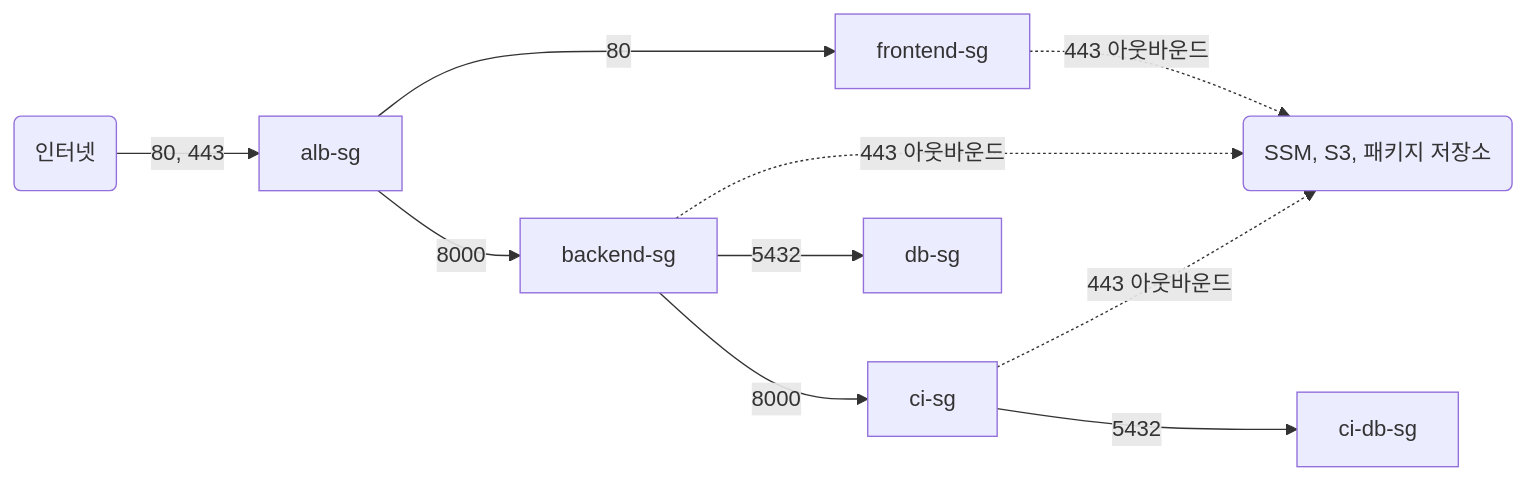
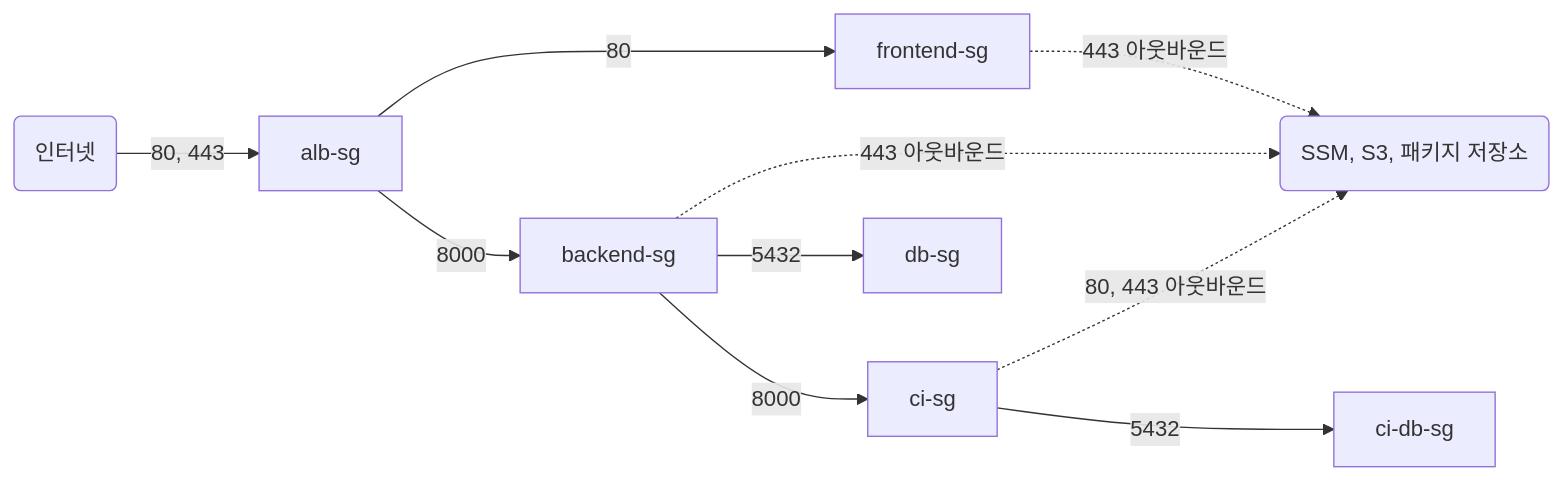
Before and after one commit to kintoun-secops/kintoun-infra: the diagram in docs/modules/platform/service-network.md, drawn with Mermaid. The commit also changed other lines of this file and 11 other files, not shown here.

````diff
--- a/docs/modules/platform/service-network.md
+++ b/docs/modules/platform/service-network.md
@@ -24,21 +24,21 @@
 ```mermaid
 flowchart LR
     INTER("인터넷")
     OUT("SSM, S3, 패키지 저장소")
     ALBSG["alb-sg"]
     FESG["frontend-sg"]
     BESG["backend-sg"]
     CISG["ci-sg"]
     DBSG["db-sg"]
     CIDBSG["ci-db-sg"]
 
     INTER -->|"80, 443"| ALBSG
     ALBSG -->|"80"| FESG
     ALBSG -->|"8000"| BESG
     BESG -->|"8000"| CISG
     BESG -->|"5432"| DBSG
     CISG -->|"5432"| CIDBSG
     FESG -.->|"443 아웃바운드"| OUT
     BESG -.->|"443 아웃바운드"| OUT
-    CISG -.->|"443 아웃바운드"| OUT
+    CISG -.->|"80, 443 아웃바운드"| OUT
 ```
````
